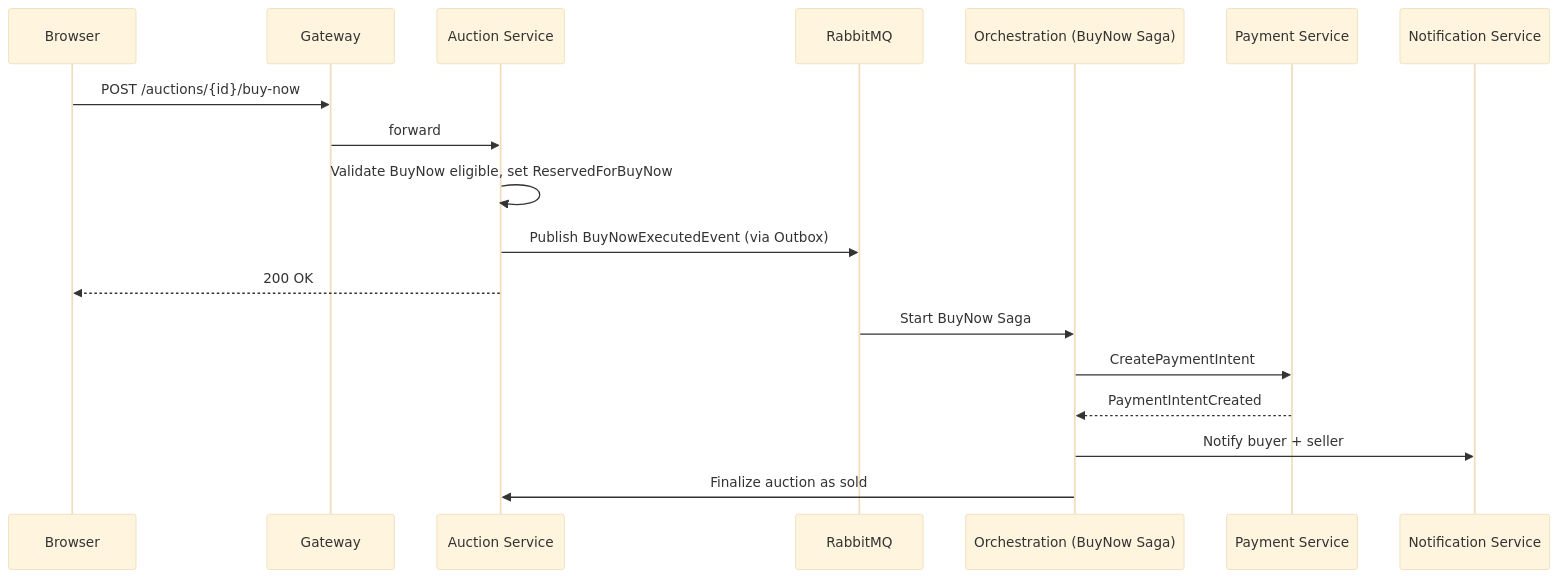
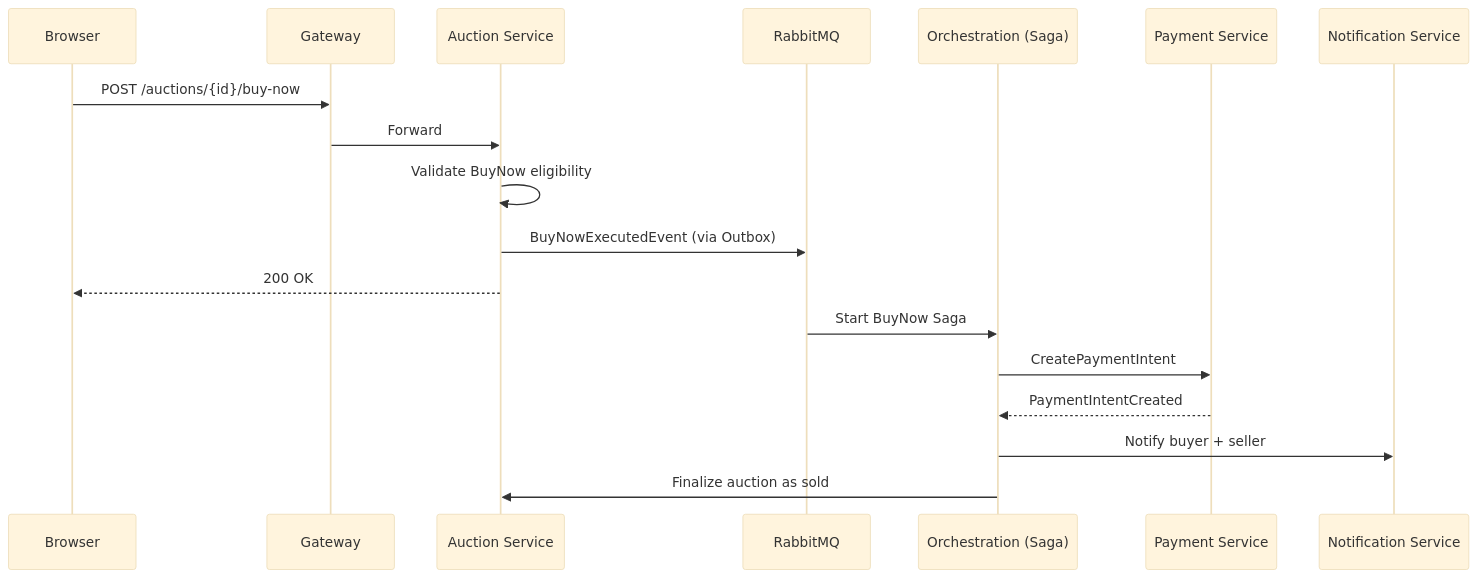
Before and after one commit to blanho/auction-platform-microservices: the sixth of 9 diagrams in README.md, drawn with Mermaid (base theme). The commit also changed other lines of this file and 5 other files, not shown here.

````diff
--- a/README.md
+++ b/README.md
@@ -310,22 +321,22 @@
 ```mermaid
 sequenceDiagram
     participant B as Browser
     participant GW as Gateway
     participant AUC as Auction Service
     participant MQ as RabbitMQ
-    participant ORC as Orchestration (BuyNow Saga)
+    participant ORC as Orchestration (Saga)
     participant PAY as Payment Service
     participant NOT as Notification Service
 
     B->>GW: POST /auctions/{id}/buy-now
-    GW->>AUC: forward
-    AUC->>AUC: Validate BuyNow eligible, set ReservedForBuyNow
-    AUC->>MQ: Publish BuyNowExecutedEvent (via Outbox)
+    GW->>AUC: Forward
+    AUC->>AUC: Validate BuyNow eligibility
+    AUC->>MQ: BuyNowExecutedEvent (via Outbox)
     AUC-->>B: 200 OK
 
     MQ->>ORC: Start BuyNow Saga
     ORC->>PAY: CreatePaymentIntent
     PAY-->>ORC: PaymentIntentCreated
     ORC->>NOT: Notify buyer + seller
     ORC->>AUC: Finalize auction as sold
 ```
````
